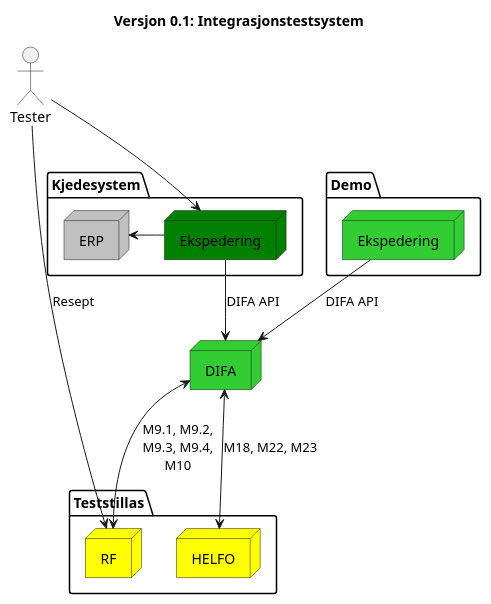
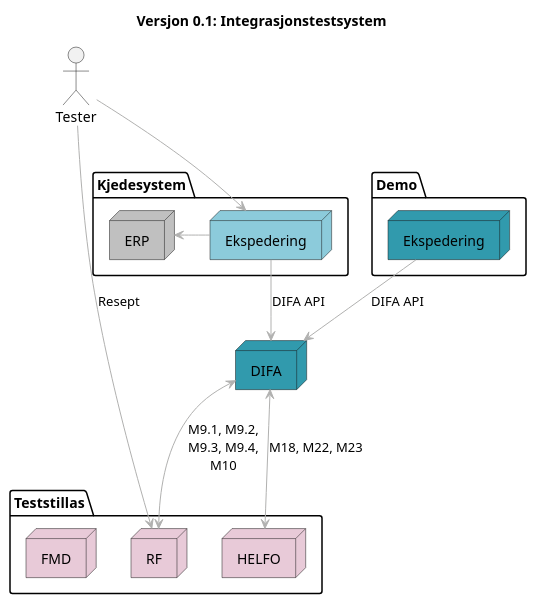
Before and after one commit to sopra-steria-norge/pharmacy.no: the diagram in doc/uml/context-reseptur-integrasjonstest.puml, drawn with PlantUML. The commit also changed 5 other files, not shown here.

```diff
--- a/doc/uml/context-reseptur-integrasjonstest.puml
+++ b/doc/uml/context-reseptur-integrasjonstest.puml
@@ -1,33 +1,37 @@
 @startuml
+
+skinparam ArrowColor #b1b1b0
+skinparam BorderColor #b1b1b0
 
 title Versjon 0.1: Integrasjonstestsystem
 
 actor Tester
 
 package Demo {
-    node DemoPOS as "Ekspedering" #limegreen
+    node DemoPOS as "Ekspedering" #319aad
 }
 
 package Kjedesystem {
-    node POS as "Ekspedering" #green
+    node POS as "Ekspedering" #8ccbdb
     node ERP #silver
 }
 
-node DIFA #limegreen
+node DIFA #319aad
 
 package Teststillas {
-    node RF #yellow
-    node HELFO #yellow    
+    node RF #e8cad8
+    node HELFO #e8cad8
+    node FMD #e8cad8
 }
 
 Tester -right-> RF: Resept
 Tester -down-> POS
 
 DemoPOS -down-> DIFA: DIFA API
 POS -down-> DIFA: DIFA API
 POS -left-> ERP
 DIFA <-down-> RF: M9.1, M9.2,\nM9.3, M9.4,\nM10
 DIFA <-down-> HELFO: M18, M22, M23
 
 
 @enduml
```
